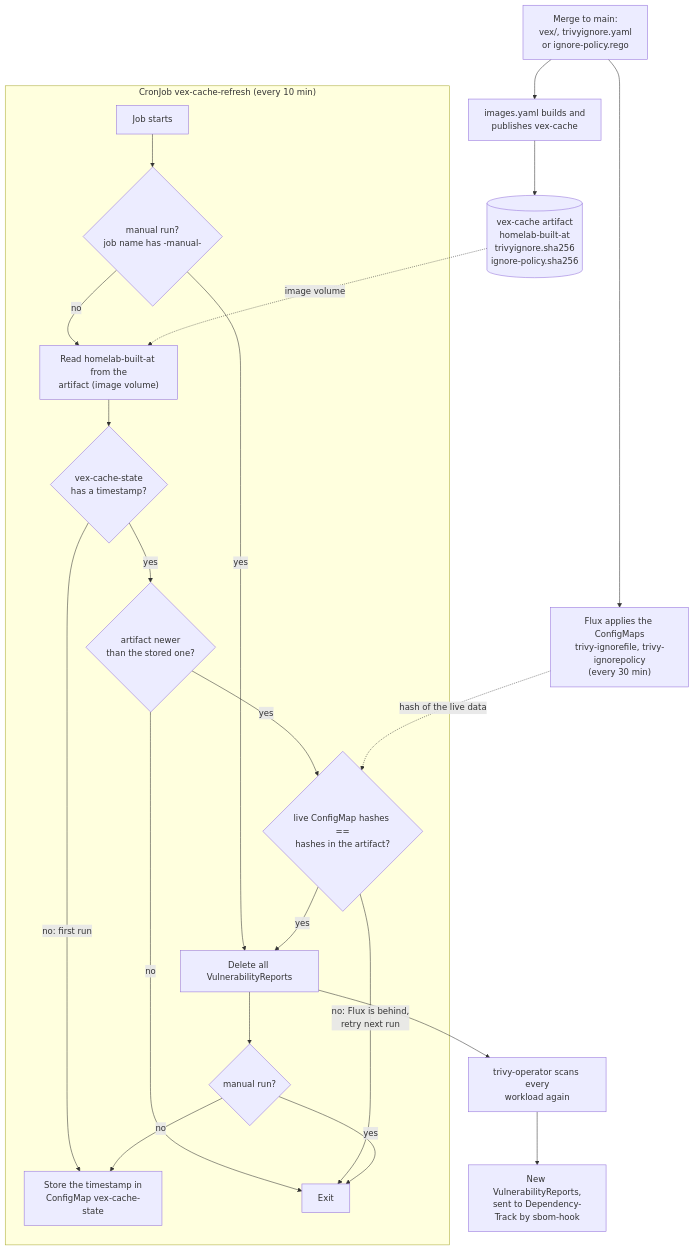
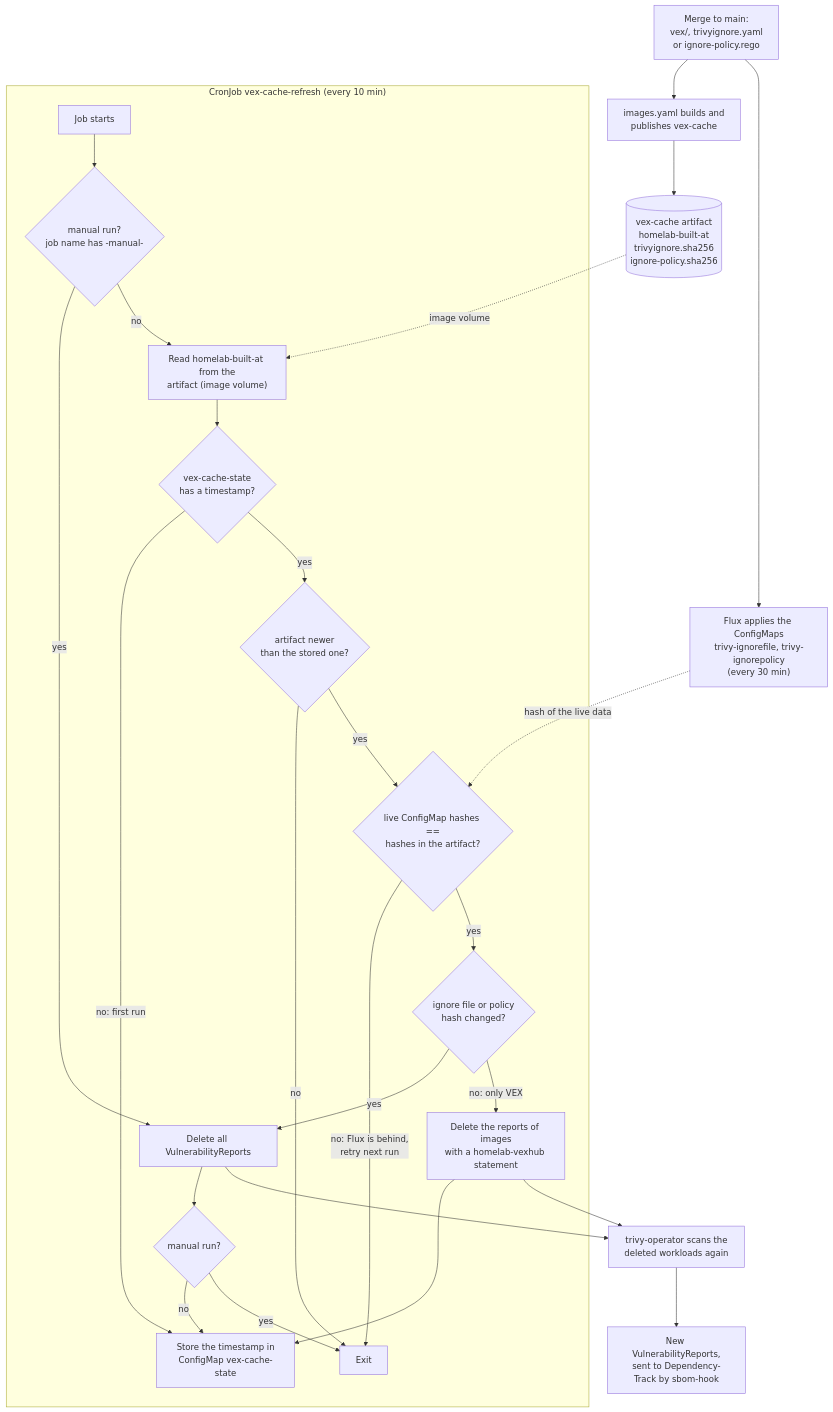
Before and after one commit to cthtrifork/talos-gitops: the diagram in k8s/infra/trivy-system/vex-cache-refresh/README.md, drawn with Mermaid. The commit also changed other lines of this file and 2 other files, not shown here.

First line of the commit message:
feat(trivy-system): delete only the reports with VEX statements on a VEX-only change

````diff
--- a/k8s/infra/trivy-system/vex-cache-refresh/README.md
+++ b/k8s/infra/trivy-system/vex-cache-refresh/README.md
@@ -8,27 +8,31 @@
 ```mermaid
 flowchart TB
     change["Merge to main:<br/>vex/, trivyignore.yaml<br/>or ignore-policy.rego"] --> ci["images.yaml builds and<br/>publishes vex-cache"]
     change --> flux["Flux applies the ConfigMaps<br/>trivy-ignorefile, trivy-ignorepolicy<br/>(every 30 min)"]
     ci --> artifact[("vex-cache artifact<br/>homelab-built-at<br/>trivyignore.sha256<br/>ignore-policy.sha256")]
 
     subgraph job["CronJob vex-cache-refresh (every 10 min)"]
         start["Job starts"] --> manual{"manual run?<br/>job name has -manual-"}
         manual -->|yes| delete
         manual -->|no| read["Read homelab-built-at from the<br/>artifact (image volume)"]
         read --> first{"vex-cache-state<br/>has a timestamp?"}
         first -->|"no: first run"| record
         first -->|yes| newer{"artifact newer<br/>than the stored one?"}
         newer -->|no| done["Exit"]
         newer -->|yes| guard{"live ConfigMap hashes ==<br/>hashes in the artifact?"}
         guard -->|"no: Flux is behind,<br/>retry next run"| done
-        guard -->|yes| delete["Delete all VulnerabilityReports"]
+        guard -->|yes| scope{"ignore file or policy<br/>hash changed?"}
+        scope -->|yes| delete["Delete all VulnerabilityReports"]
+        scope -->|"no: only VEX"| some["Delete the reports of images<br/>with a homelab-vexhub statement"]
+        some --> record
         delete --> kind{"manual run?"}
         kind -->|no| record["Store the timestamp in<br/>ConfigMap vex-cache-state"]
         kind -->|yes| done
     end
 
     artifact -.->|"image volume"| read
     flux -.->|"hash of the live data"| guard
-    delete --> operator["trivy-operator scans every<br/>workload again"]
+    delete --> operator["trivy-operator scans the<br/>deleted workloads again"]
+    some --> operator
     operator --> reports["New VulnerabilityReports,<br/>sent to Dependency-Track by sbom-hook"]
 ```
````
